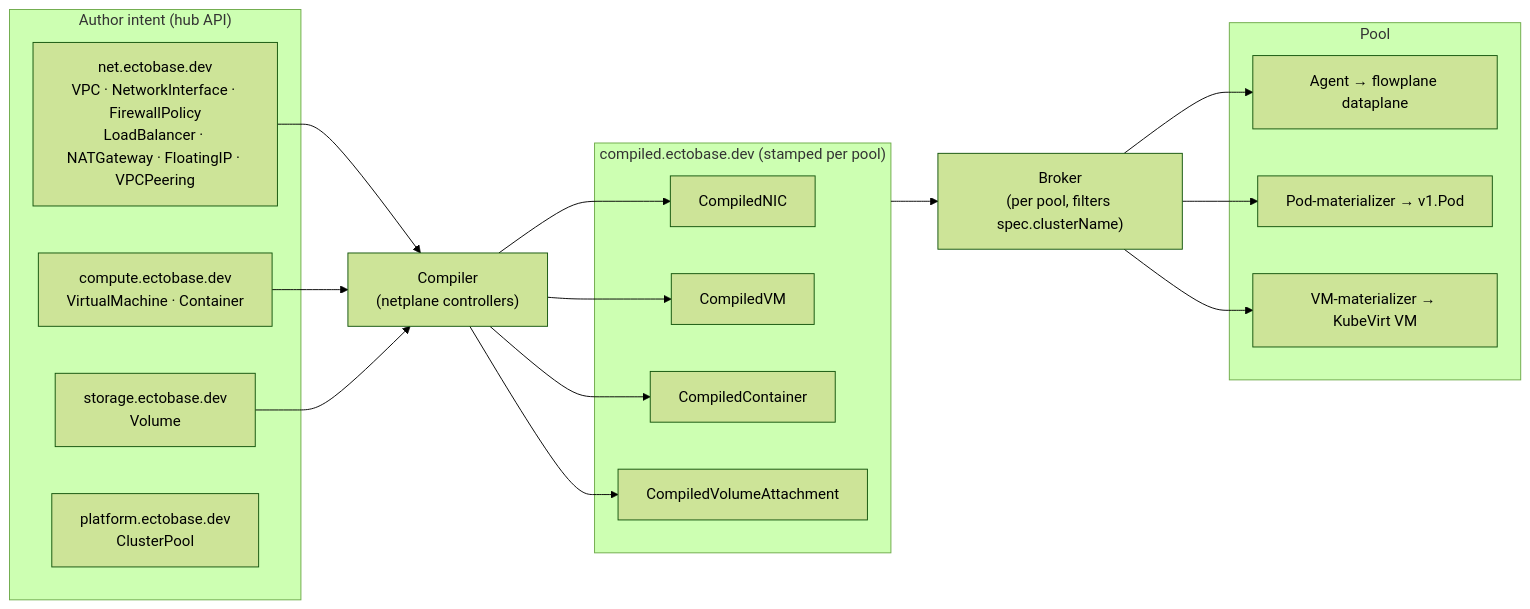
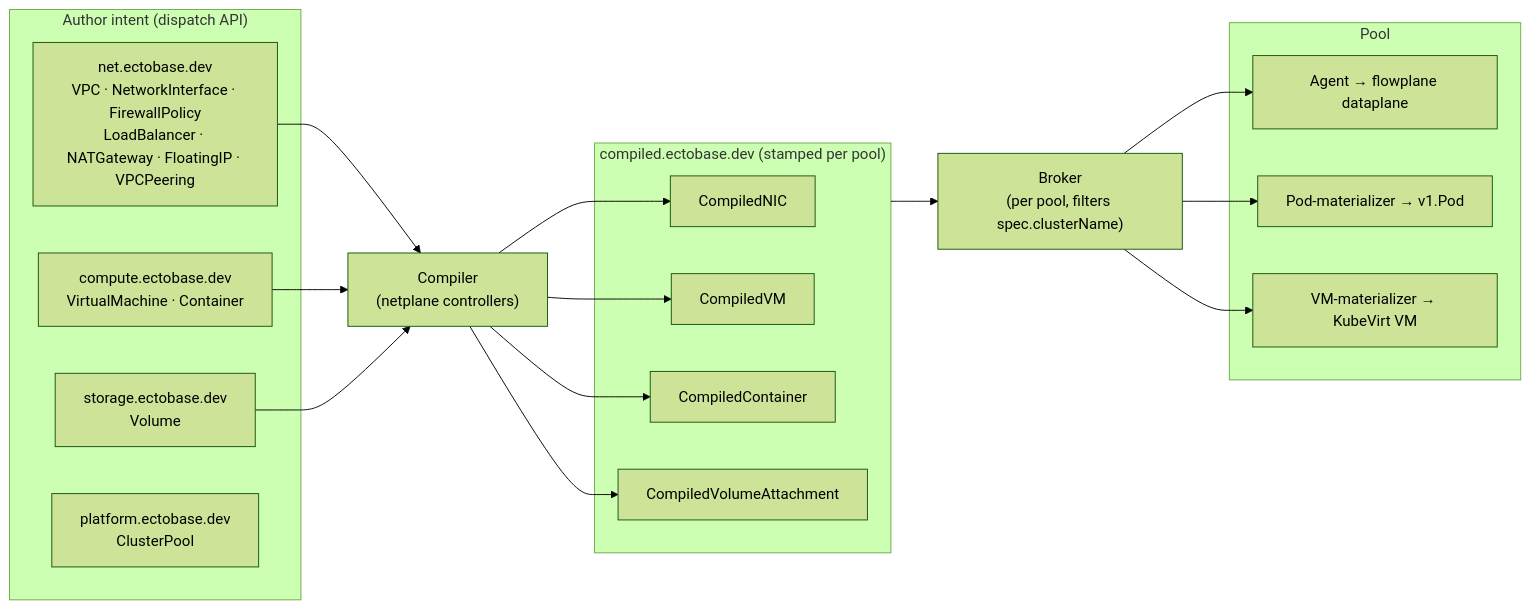
Before and after one commit to trevex/ectobase: the diagram in docs/concepts/intent-to-datapath.md, drawn with Mermaid (forest theme). The commit also changed other lines of this file and 490 other files, not shown here.

First line of the commit message:
refactor: rename subproject hub -> dispatch

````diff
--- a/docs/concepts/intent-to-datapath.md
+++ b/docs/concepts/intent-to-datapath.md
@@ -14,35 +14,35 @@
 ```mermaid
 flowchart LR
-    subgraph author["Author intent (hub API)"]
+    subgraph author["Author intent (dispatch API)"]
         net["net.ectobase.dev<br/>VPC · NetworkInterface · FirewallPolicy<br/>LoadBalancer · NATGateway · FloatingIP · VPCPeering"]
         compute["compute.ectobase.dev<br/>VirtualMachine · Container"]
         storage["storage.ectobase.dev<br/>Volume"]
         platform["platform.ectobase.dev<br/>ClusterPool"]
     end
 
     compiler["Compiler<br/>(netplane controllers)"]
 
     subgraph compiled["compiled.ectobase.dev (stamped per pool)"]
         cnic["CompiledNIC"]
         cvm["CompiledVM"]
         cctr["CompiledContainer"]
         cva["CompiledVolumeAttachment"]
     end
 
     broker["Broker<br/>(per pool, filters spec.clusterName)"]
 
     subgraph pool["Pool"]
         agent["Agent → flowplane dataplane"]
         podmat["Pod-materializer → v1.Pod"]
         vmmat["VM-materializer → KubeVirt VM"]
     end
 
     net --> compiler
     compute --> compiler
     storage --> compiler
     compiler --> cnic & cvm & cctr & cva
     compiled --> broker
     broker --> agent
     broker --> podmat
     broker --> vmmat
 ```
````
